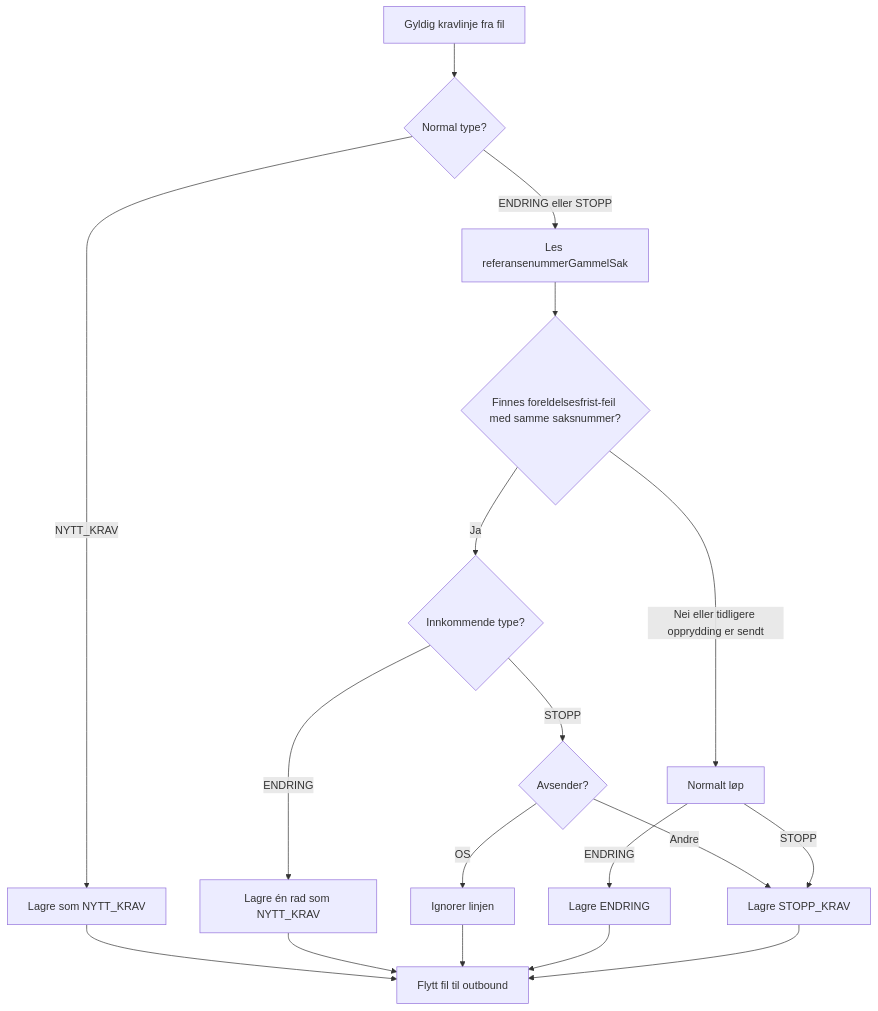
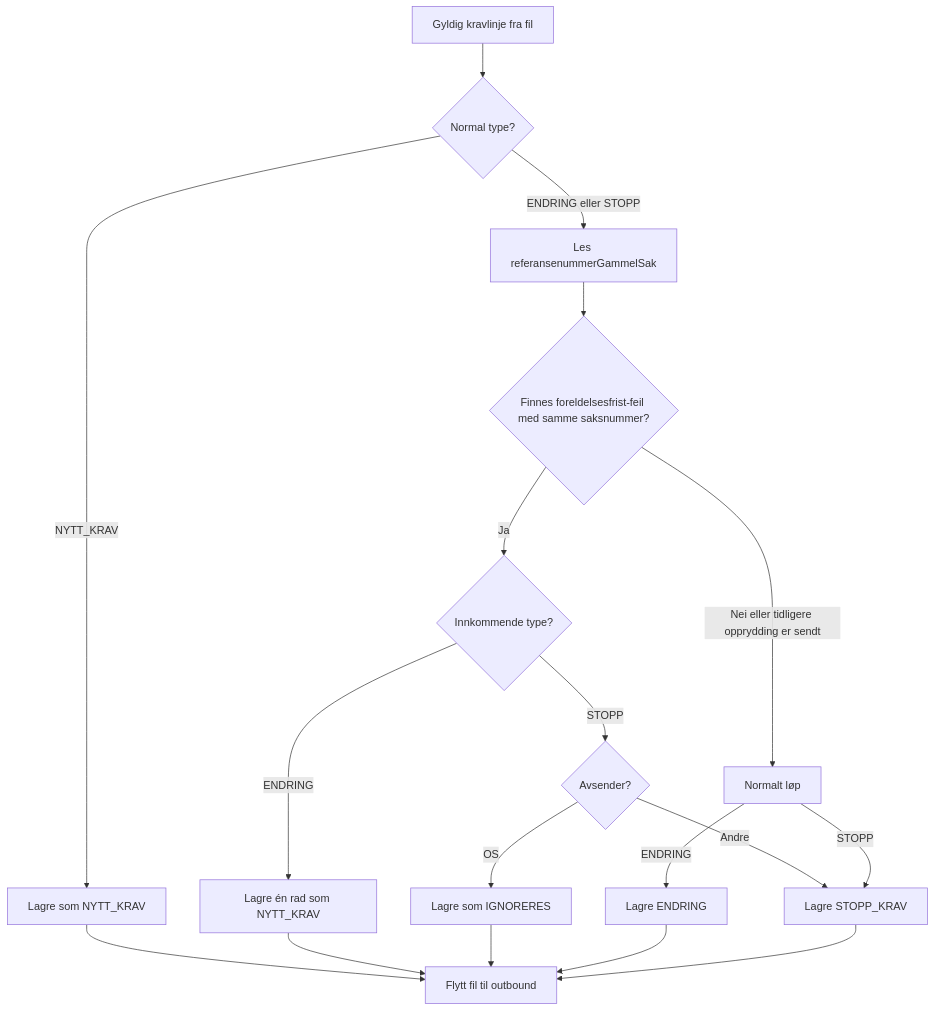
The first of 2 diagrams in dokumentasjon/Oppryddingsspor_foreldelsesfrist.md (navikt/sokos-ske-krav), drawn with Mermaid before and after one commit. The commit also changed other lines of this file and 7 other files, not shown here.

````diff
--- a/dokumentasjon/Oppryddingsspor_foreldelsesfrist.md
+++ b/dokumentasjon/Oppryddingsspor_foreldelsesfrist.md
@@ -21,20 +21,20 @@
 ```mermaid
 flowchart TD
     A[Gyldig kravlinje fra fil] --> B{Normal type?}
     B -->|NYTT_KRAV| N[Lagre som NYTT_KRAV]
     B -->|ENDRING eller STOPP| C[Les referansenummerGammelSak]
     C --> D{Finnes foreldelsesfrist-feil med samme saksnummer?}
     D -->|Nei eller tidligere opprydding er sendt| E[Normalt løp]
     D -->|Ja| G{Innkommende type?}
     G -->|ENDRING| H[Lagre én rad som NYTT_KRAV]
     G -->|STOPP| M{Avsender?}
-    M -->|OS| I[Ignorer linjen]
+    M -->|OS| I[Lagre som IGNORERES]
     M -->|Andre| K[Lagre STOPP_KRAV]
     E -->|ENDRING| J[Lagre ENDRING]
     E -->|STOPP| K[Lagre STOPP_KRAV]
     N --> L[Flytt fil til outbound]
     H --> L
     I --> L
     J --> L
     K --> L
 ```
````
